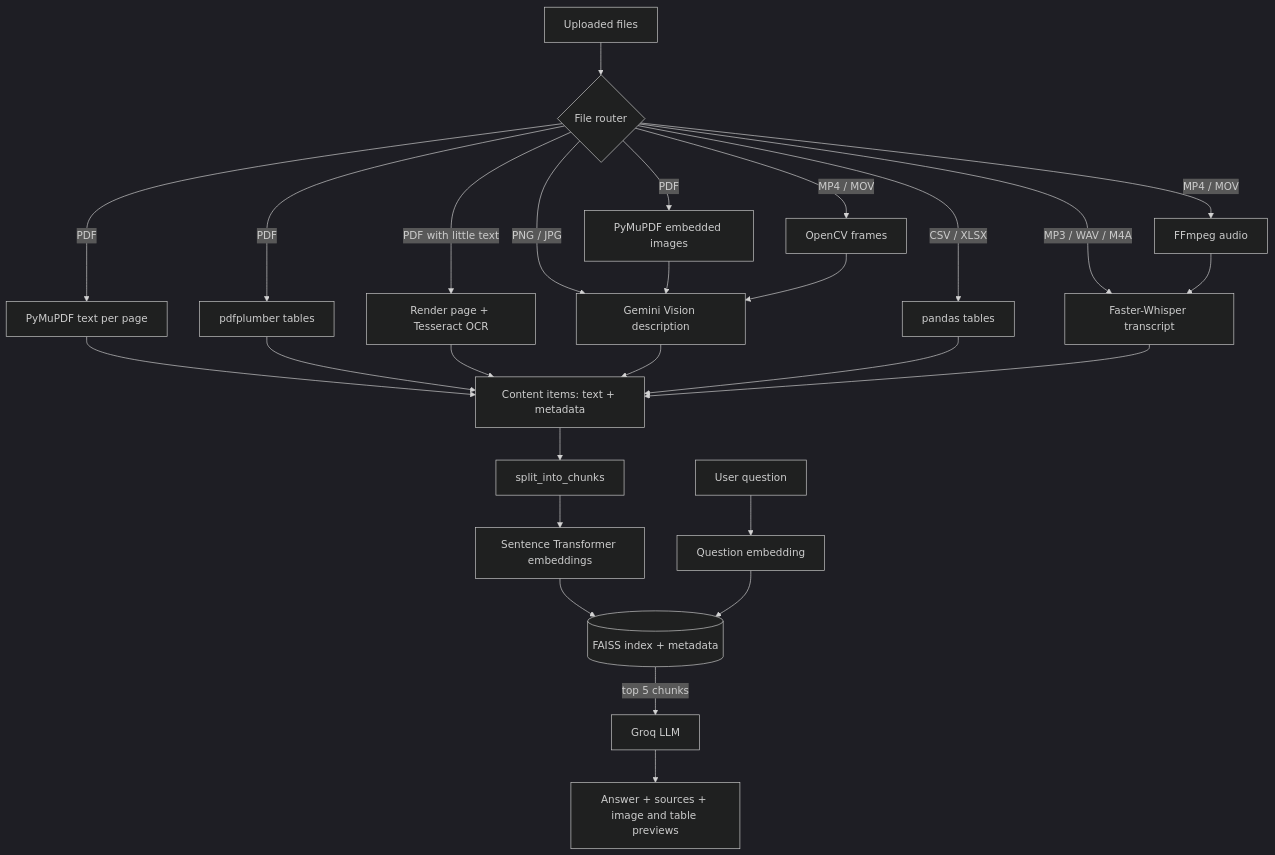
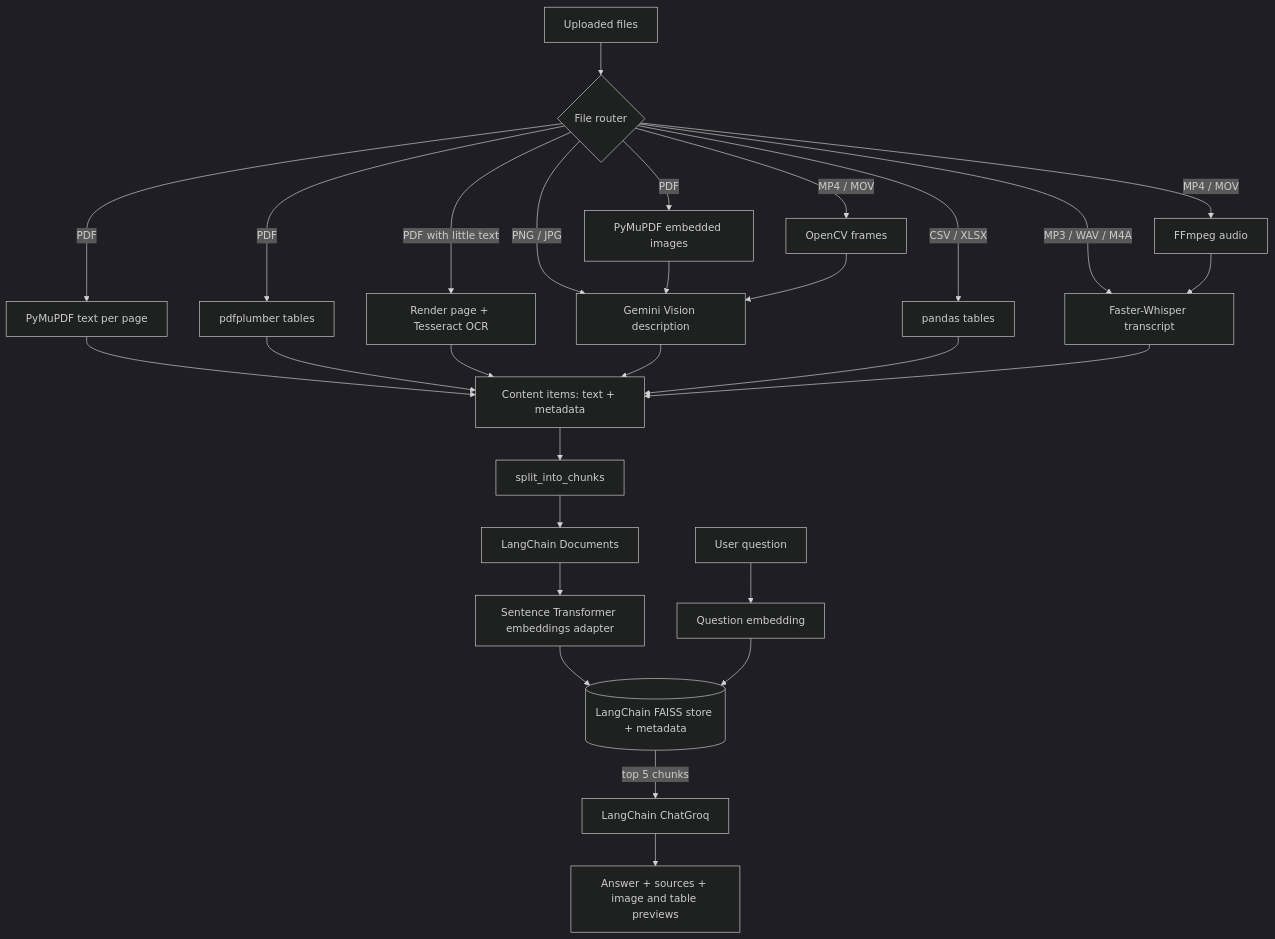
Before and after one commit to AkhilBudige116/Multimodal_RAG_Document_Intelligence_Assistant: the diagram in README.md, drawn with Mermaid (dark theme). The commit also changed other lines of this file and 2 other files, not shown here.

Commit message:
Integrate LangChain into multimodal RAG workflow

````diff
--- a/README.md
+++ b/README.md
@@ -45,24 +46,25 @@
 ```mermaid
 flowchart TD
     U[Uploaded files] --> R{File router}
     R -->|PDF| P1[PyMuPDF text per page]
     R -->|PDF| P2[PyMuPDF embedded images]
     R -->|PDF| P3[pdfplumber tables]
     R -->|PDF with little text| P4[Render page + Tesseract OCR]
     R -->|PNG / JPG| I1[Gemini Vision description]
     R -->|CSV / XLSX| T1[pandas tables]
     R -->|MP3 / WAV / M4A| A1[Faster-Whisper transcript]
     R -->|MP4 / MOV| V1[OpenCV frames]
     R -->|MP4 / MOV| V2[FFmpeg audio]
     P2 --> I1
     V1 --> I1
     V2 --> A1
     P1 & P3 & P4 & I1 & T1 & A1 --> C[Content items: text + metadata]
     C --> S[split_into_chunks]
-    S --> E[Sentence Transformer embeddings]
-    E --> F[(FAISS index + metadata)]
+    S --> D[LangChain Documents]
+    D --> E[Sentence Transformer embeddings adapter]
+    E --> F[(LangChain FAISS store + metadata)]
     Q[User question] --> QE[Question embedding]
     QE --> F
-    F -->|top 5 chunks| G[Groq LLM]
+    F -->|top 5 chunks| G[LangChain ChatGroq]
     G --> ANS[Answer + sources + image and table previews]
 ```
````
